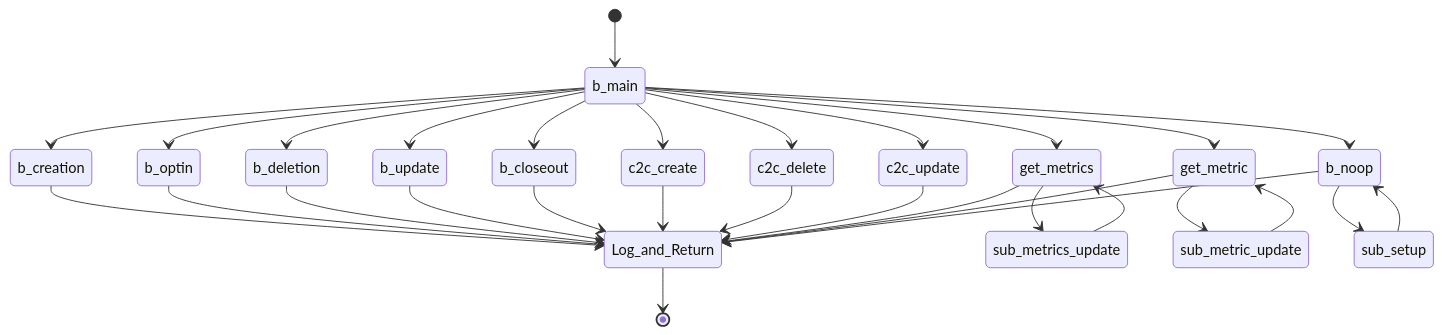
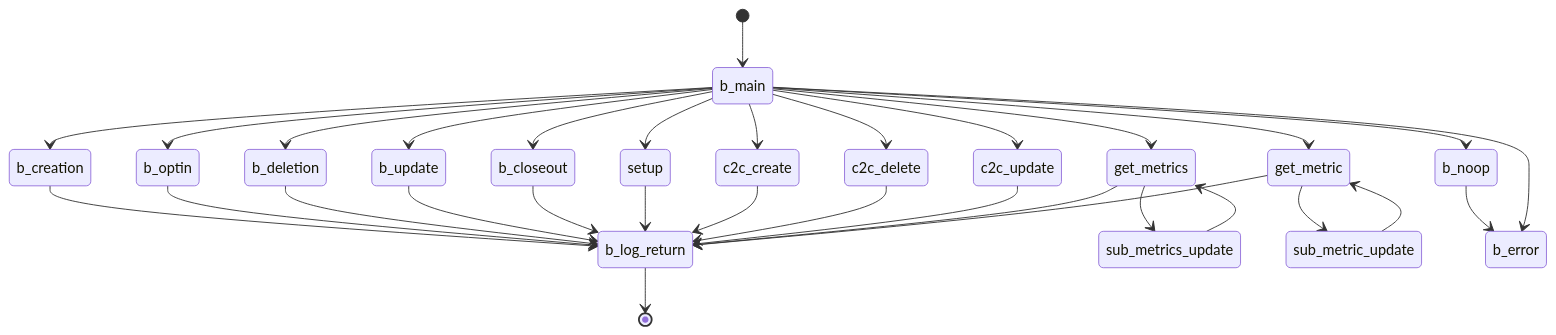
The seventh of 10 diagrams in profile/README.md (GoPlausible/.github), drawn with Mermaid before and after one commit.

````diff
--- a/profile/README.md
+++ b/profile/README.md
@@ -256,45 +256,51 @@
 ```mermaid
   stateDiagram-v2
     [*] --> b_main
    
     b_main --> b_creation
-    b_creation --> Log_and_Return
+    b_creation --> b_log_return
+
     b_main --> b_optin
-    b_optin --> Log_and_Return
+    b_optin --> b_log_return
+
     b_main --> b_deletion
-    b_deletion --> Log_and_Return
+    b_deletion --> b_log_return
+
     b_main --> b_update
-    b_update --> Log_and_Return
+    b_update --> b_log_return
+
     b_main --> b_closeout
-    b_closeout --> Log_and_Return
+    b_closeout --> b_log_return
 
 
+    b_main --> setup
+    setup --> b_log_return
+    
+    b_main --> c2c_create
+    c2c_create --> b_log_return
 
-    b_main --> c2c_create
-    c2c_create --> Log_and_Return
     b_main --> c2c_delete
-    c2c_delete --> Log_and_Return
+    c2c_delete --> b_log_return
+
     b_main --> c2c_update
-    c2c_update --> Log_and_Return
+    c2c_update --> b_log_return
 
    
     b_main --> get_metrics
     get_metrics --> sub_metrics_update
     sub_metrics_update --> get_metrics
-    get_metrics --> Log_and_Return
+    get_metrics --> b_log_return
 
     b_main --> get_metric
     get_metric --> sub_metric_update
     sub_metric_update --> get_metric
-    get_metric --> Log_and_Return
+    get_metric --> b_log_return
 
     b_main --> b_noop
-    b_noop --> sub_setup
-    sub_setup --> b_noop
-    b_noop --> Log_and_Return
+    b_noop --> b_error
 
-    
+    b_main --> b_error
 
-    Log_and_Return --> [*]
+    b_log_return --> [*]
     
 ```
````
